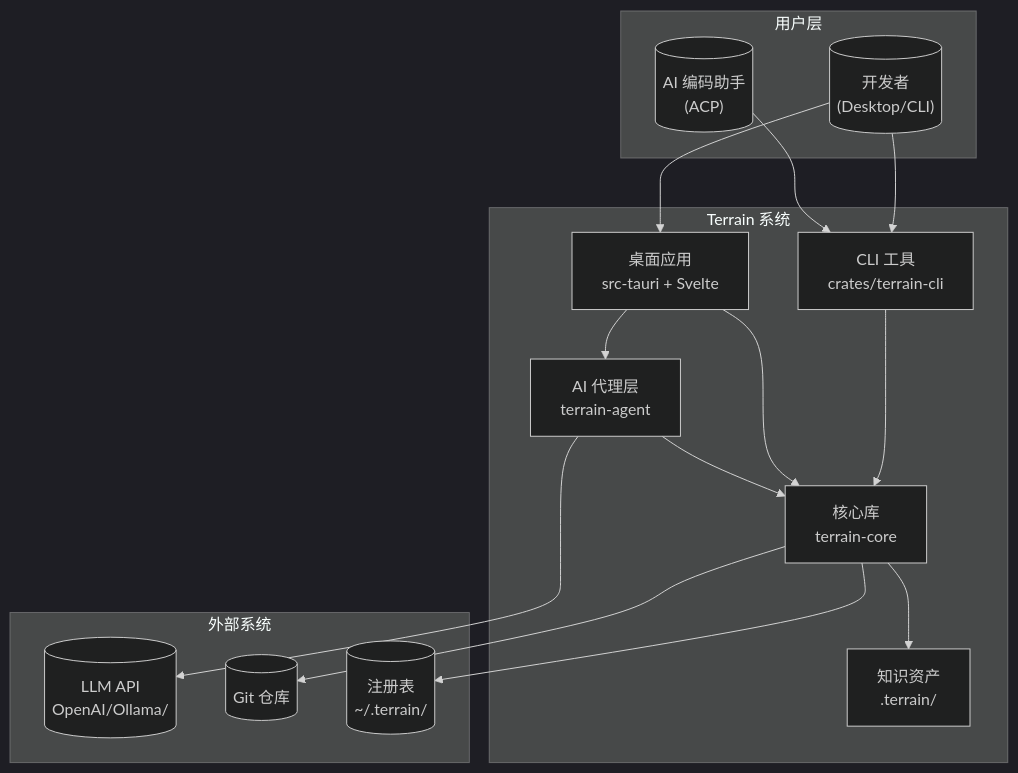
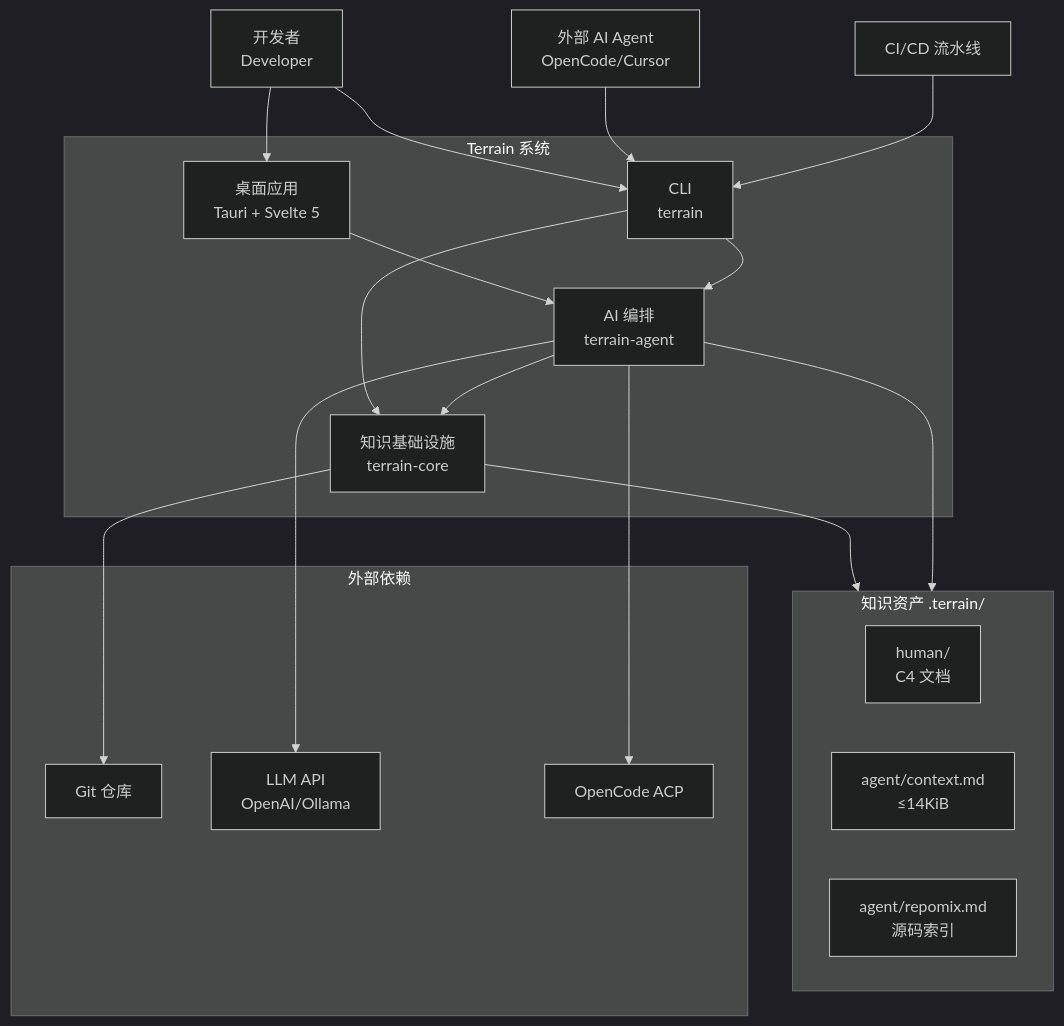
The diagram in .terrain/human/1.概述.md (sopaco/terrain), drawn with Mermaid (dark theme) before and after one commit. The commit also changed other lines of this file and 27 other files, not shown here.

````diff
--- a/.terrain/human/1.概述.md
+++ b/.terrain/human/1.概述.md
@@ -17,33 +27,39 @@
 ```mermaid
 graph TB
-    subgraph 用户层
-        Dev[("开发者<br/>(Desktop/CLI)")]
-        AICode[("AI 编码助手<br/>(ACP)")]
+    Dev["开发者<br/>Developer"]
+    ExtAgent["外部 AI Agent<br/>OpenCode/Cursor"]
+    CI["CI/CD 流水线"]
+
+    subgraph TerrainSys["Terrain 系统"]
+        Desktop["桌面应用<br/>Tauri + Svelte 5"]
+        CLI["CLI<br/>terrain"]
+        AgentOrch["AI 编排<br/>terrain-agent"]
+        Core["知识基础设施<br/>terrain-core"]
     end
 
-    subgraph Terrain["Terrain 系统"]
-        CLI["CLI 工具<br/>crates/terrain-cli"]
-        TUI["桌面应用<br/>src-tauri + Svelte"]
-        Core["核心库<br/>terrain-core"]
-        Agent["AI 代理层<br/>terrain-agent"]
-        KB["知识资产<br/>.terrain/"]
+    subgraph Knowledge["知识资产 .terrain/"]
+        Human["human/<br/>C4 文档"]
+        AgentCtx["agent/context.md<br/>≤14KiB"]
+        Repomix["agent/repomix.md<br/>源码索引"]
     end
 
-    subgraph 外部系统
-        LLM[("LLM API<br/>OpenAI/Ollama/")]
-        Repo[("Git 仓库")]
-        Registry[("注册表<br/>~/.terrain/")]
+    subgraph External["外部依赖"]
+        Git["Git 仓库"]
+        LLM["LLM API<br/>OpenAI/Ollama"]
+        ACP["OpenCode ACP"]
     end
 
+    Dev --> Desktop
     Dev --> CLI
-    Dev --> TUI
+    ExtAgent --> CLI
+    CI --> CLI
+    Desktop --> AgentOrch
     CLI --> Core
-    TUI --> Agent
-    TUI --> Core
-    Agent --> Core
-    Agent --> LLM
-    Core --> KB
-    Core --> Repo
-    Core --> Registry
-    AICode --> CLI
+    CLI --> AgentOrch
+    AgentOrch --> Core
+    AgentOrch --> LLM
+    AgentOrch --> ACP
+    Core --> Git
+    Core --> Knowledge
+    AgentOrch --> Knowledge
 ```
````
